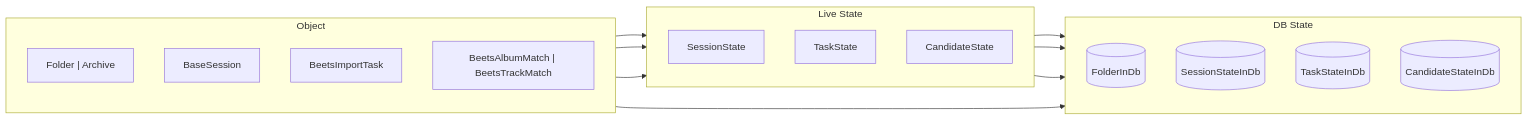
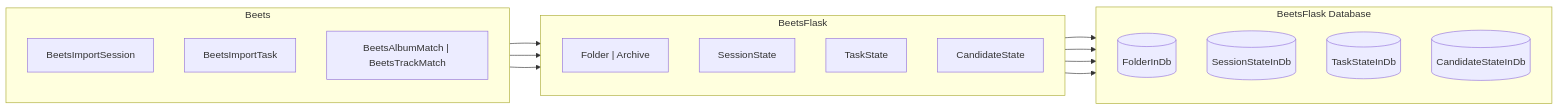
One commit to metasauce/beets-flask changed the diagram in docs/diagrams/objects_state_relation.mmd. Above: the diagram before and after it, drawn with Mermaid. The commit also changed 5 other files, not shown here.

Commit message:
More consistent use of BeetsPrefix, added PR279 mermaid

```diff
--- a/docs/diagrams/objects_state_relation.mmd
+++ b/docs/diagrams/objects_state_relation.mmd
@@ -1,28 +1,29 @@
 flowchart LR
-    subgraph Object
+    subgraph Beets
         direction TB
-        LF["Folder | Archive"]
-        LS[BaseSession]
+        LS[BeetsImportSession]
         LT[BeetsImportTask]
         LC["BeetsAlbumMatch | BeetsTrackMatch"]
     end
 
-    subgraph Live State
+
+    subgraph BeetsFlask
         direction TB
+        LF["Folder | Archive"]
         SS[SessionState]
         ST[TaskState]
         SC[CandidateState]
     end
 
-    subgraph DB State
+    subgraph BeetsFlask Database
         direction TB
         DF[(FolderInDb)]
         DS[(SessionStateInDb)]
         DT[(TaskStateInDb)]
         DC[(CandidateStateInDb)]
     end
 
     LF --> DF
     LS --> SS --> DS
     LT --> ST --> DT
     LC --> SC --> DC
```
